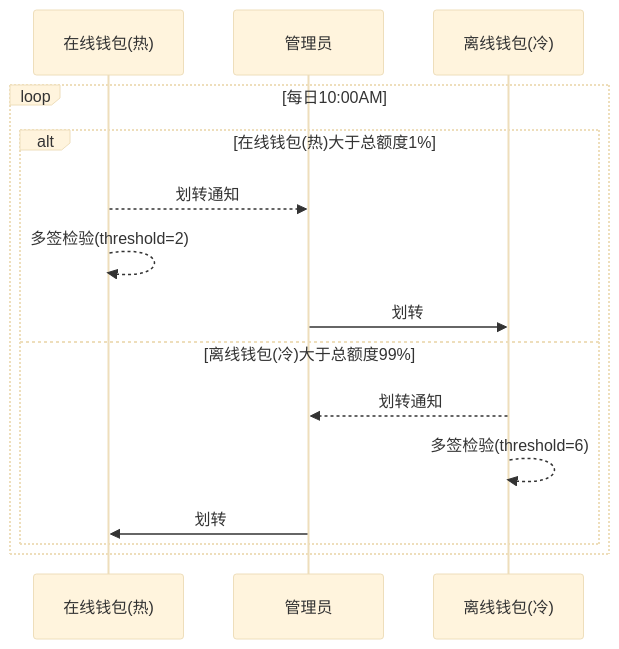
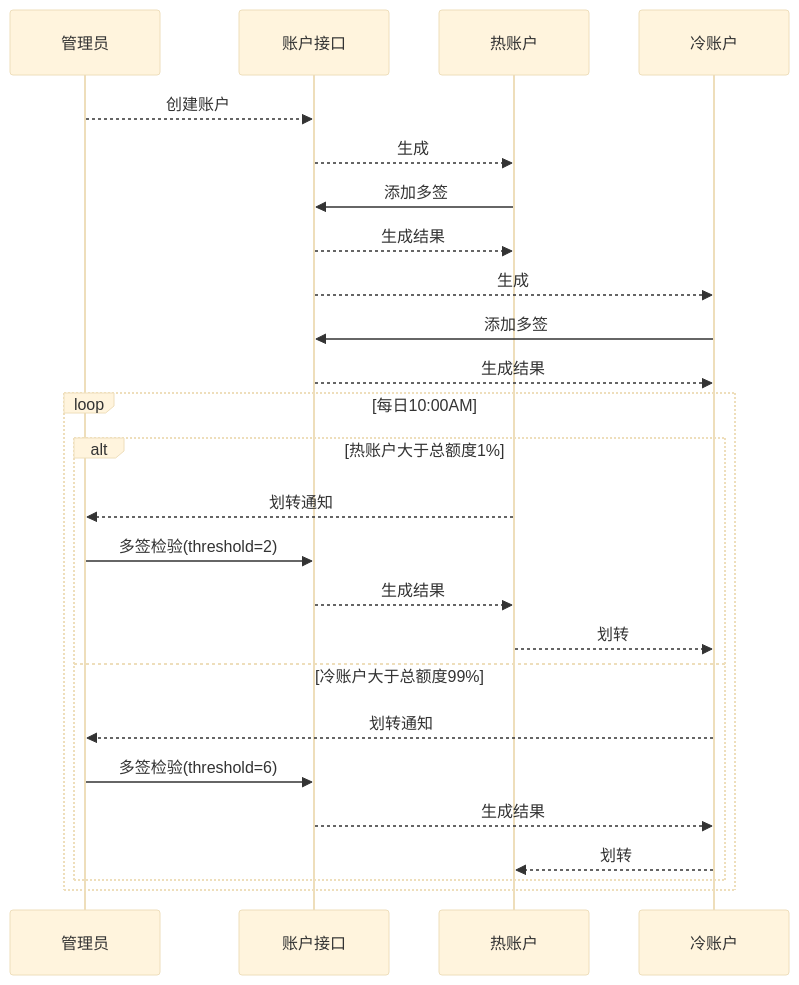
One commit to neomaclin/designdoc changed diagram 15 of 22 in Readme.md. Above: the diagram before and after it, drawn with Mermaid (base theme). The commit also changed other lines of this file and 3 other files, not shown here.

````diff
--- a/Readme.md
+++ b/Readme.md
@@ -149,19 +252,30 @@
 ```mermaid
 
 sequenceDiagram
-    participant ha as 在线钱包(热)
     participant su as 管理员
-    participant ca as 离线钱包(冷)
+    participant ai as 账户接口
+    participant ha as 热账户
+    participant ca as 冷账户
+
+    su-->>ai: 创建账户
+    ai-->>ha: 生成
+    ha->>ai: 添加多签
+    ai-->>ha: 生成结果
+    ai-->>ca: 生成
+    ca->>ai: 添加多签
+    ai-->>ca: 生成结果
 
     loop 每日10:00AM
-        alt 在线钱包(热)大于总额度1%
+        alt 热账户大于总额度1%
             ha -->> su: 划转通知
-            ha -->> ha: 多签检验(threshold=2)
-            su ->> ca: 划转
-        else 离线钱包(冷)大于总额度99%
+            su ->> ai: 多签检验(threshold=2)
+            ai -->> ha: 生成结果
+            ha -->> ca: 划转
+        else 冷账户大于总额度99%
             ca -->> su: 划转通知
-            ca -->> ca: 多签检验(threshold=6)
-            su ->> ha: 划转
+            su ->> ai: 多签检验(threshold=6)
+            ai-->> ca: 生成结果
+            ca -->> ha: 划转
         end
     end
 ```
````
